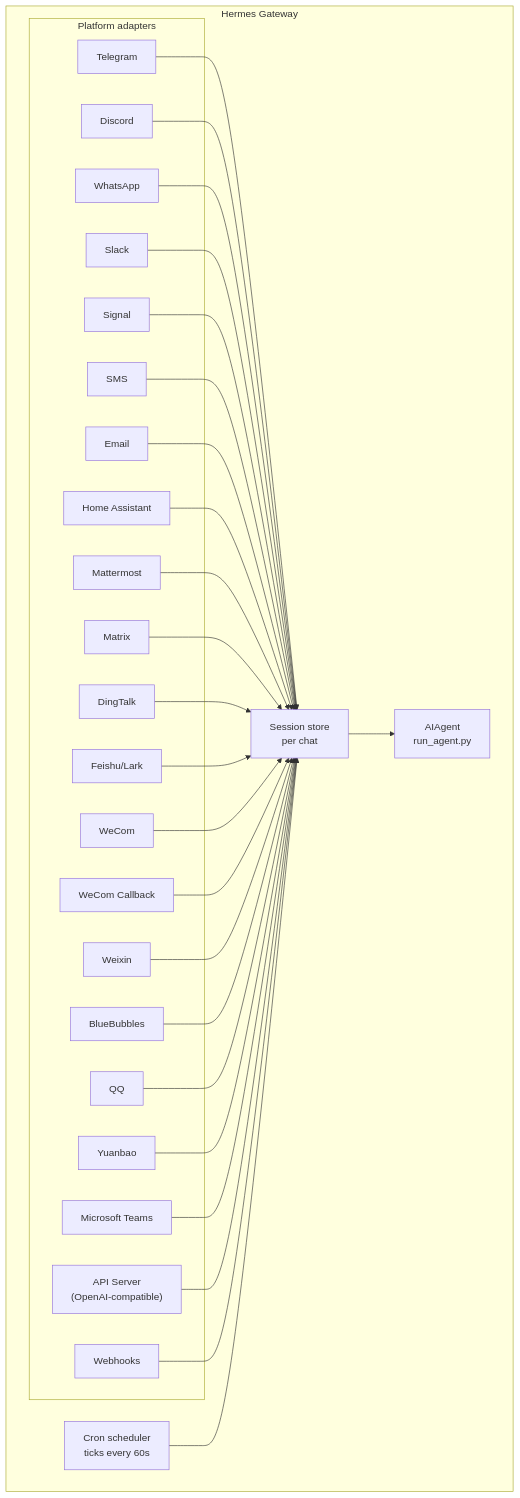
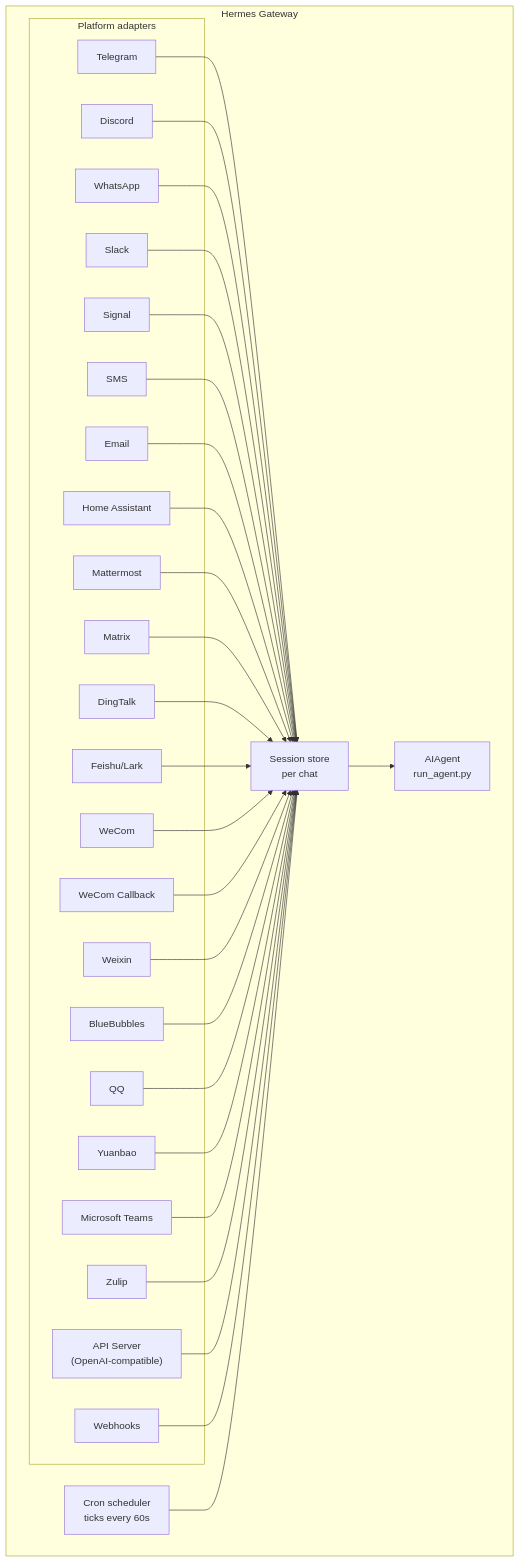
One commit to urnowhere/hermes-agent changed the diagram in website/docs/user-guide/messaging/index.md. Above: the diagram before and after it, drawn with Mermaid. The commit also changed other lines of this file and 26 other files, not shown here.

````diff
--- a/website/docs/user-guide/messaging/index.md
+++ b/website/docs/user-guide/messaging/index.md
@@ -41,56 +42,58 @@
 ```mermaid
 flowchart TB
     subgraph Gateway["Hermes Gateway"]
         subgraph Adapters["Platform adapters"]
             tg[Telegram]
             dc[Discord]
             wa[WhatsApp]
             sl[Slack]
             sig[Signal]
             sms[SMS]
             em[Email]
             ha[Home Assistant]
             mm[Mattermost]
             mx[Matrix]
             dt[DingTalk]
     fs[Feishu/Lark]
     wc[WeCom]
     wcb[WeCom Callback]
     wx[Weixin]
     bb[BlueBubbles]
     qq[QQ]
     yb[Yuanbao]
     ms[Microsoft Teams]
+    zl[Zulip]
     api["API Server<br/>(OpenAI-compatible)"]
     wh[Webhooks]
         end
 
         store["Session store<br/>per chat"]
         agent["AIAgent<br/>run_agent.py"]
         cron["Cron scheduler<br/>ticks every 60s"]
     end
 
     tg --> store
     dc --> store
     wa --> store
     sl --> store
     sig --> store
     sms --> store
     em --> store
     ha --> store
     mm --> store
     mx --> store
     dt --> store
     fs --> store
     wc --> store
     wcb --> store
     wx --> store
     bb --> store
     qq --> store
     yb --> store
     ms --> store
+    zl --> store
     api --> store
     wh --> store
     store --> agent
     cron --> store
 ```
````
